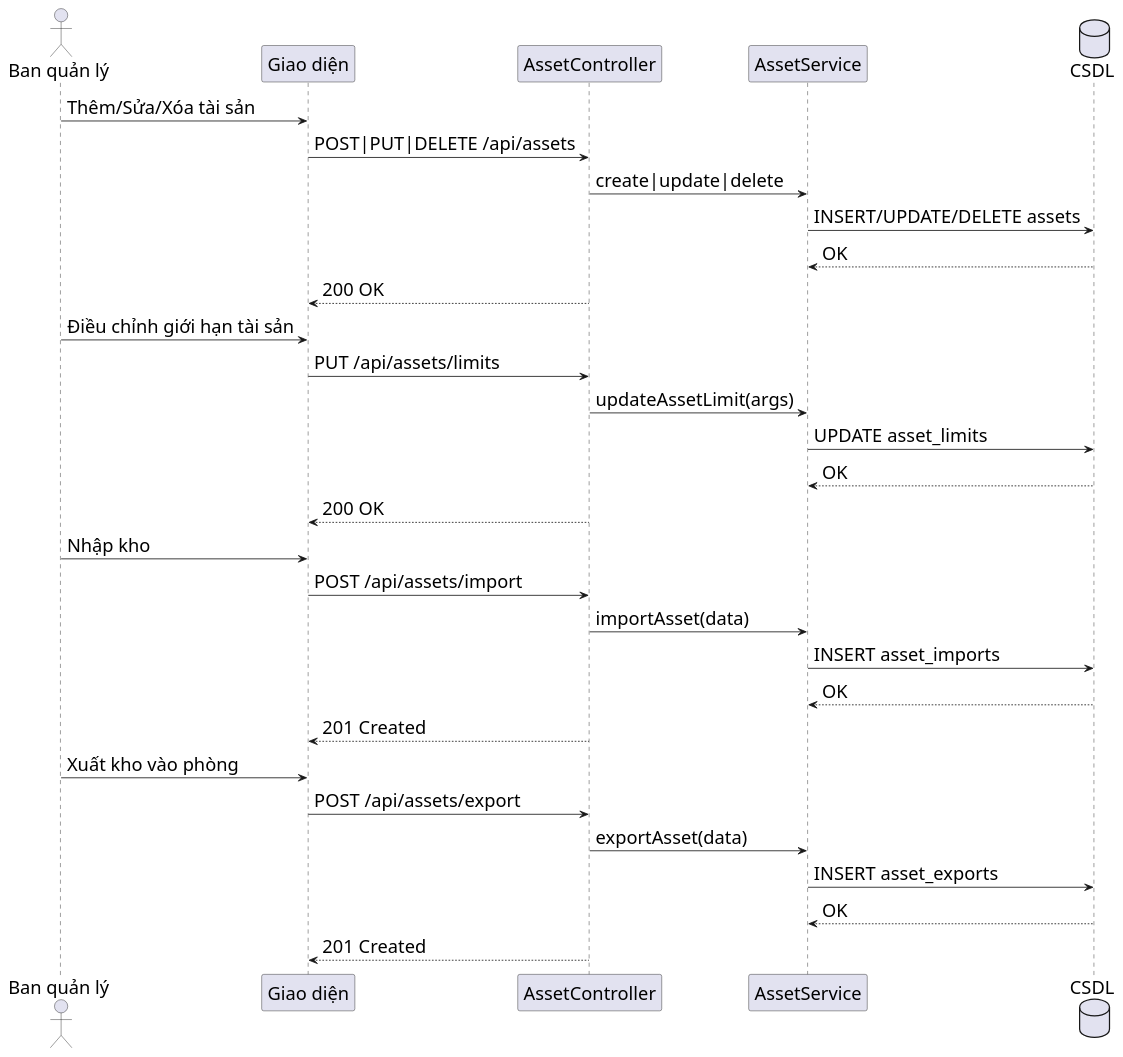
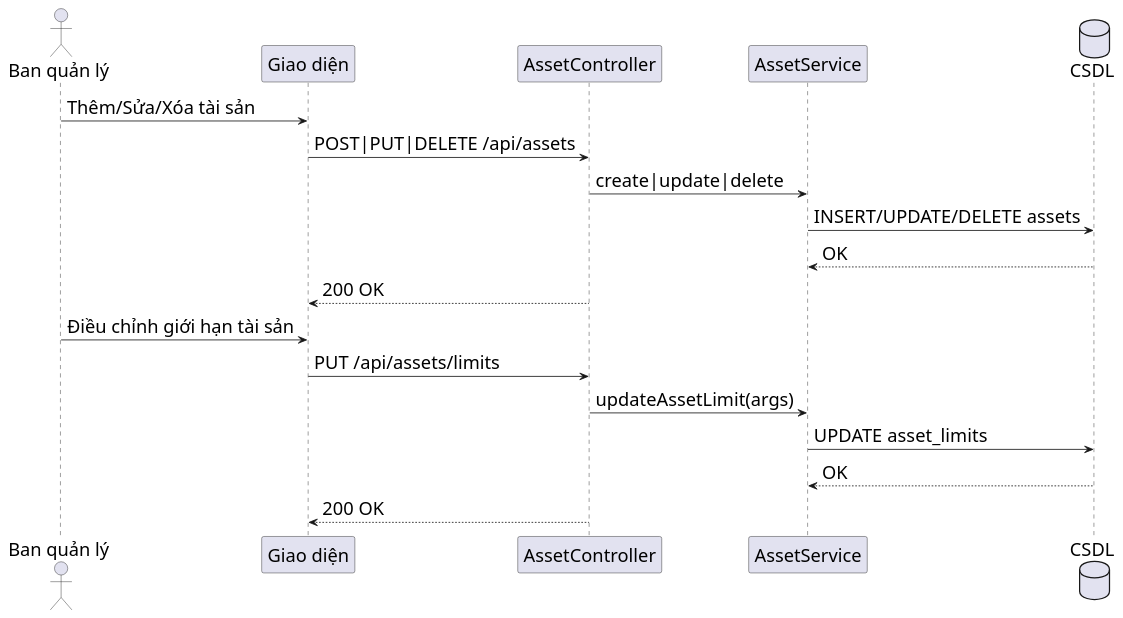
Before and after one commit to s0nbuildtech287/dormitory-frontend: the diagram in diagrams/nhomtaisan/asset_management_sequence.puml, drawn with PlantUML. The commit also changed 4 other files, not shown here.

```diff
--- a/diagrams/nhomtaisan/asset_management_sequence.puml
+++ b/diagrams/nhomtaisan/asset_management_sequence.puml
@@ -1,38 +1,24 @@
 @startuml "Asset Management Sequence"
 skinparam defaultFontSize 22
 skinparam defaultFontName "Times New Roman"
 skinparam sequenceMessageSize 22
 actor "Ban quản lý" as Admin
 participant "Giao diện" as FE
 participant "AssetController" as AC
 participant "AssetService" as AS
 database "CSDL" as DB
 
 Admin -> FE: Thêm/Sửa/Xóa tài sản
 FE -> AC: POST|PUT|DELETE /api/assets
 AC -> AS: create|update|delete
 AS -> DB: INSERT/UPDATE/DELETE assets
 DB --> AS: OK
 AC --> FE: 200 OK
 
 Admin -> FE: Điều chỉnh giới hạn tài sản
 FE -> AC: PUT /api/assets/limits
 AC -> AS: updateAssetLimit(args)
 AS -> DB: UPDATE asset_limits
 DB --> AS: OK
 AC --> FE: 200 OK
-
-Admin -> FE: Nhập kho
-FE -> AC: POST /api/assets/import
-AC -> AS: importAsset(data)
-AS -> DB: INSERT asset_imports
-DB --> AS: OK
-AC --> FE: 201 Created
-
-Admin -> FE: Xuất kho vào phòng
-FE -> AC: POST /api/assets/export
-AC -> AS: exportAsset(data)
-AS -> DB: INSERT asset_exports
-DB --> AS: OK
-AC --> FE: 201 Created
 @enduml
```
